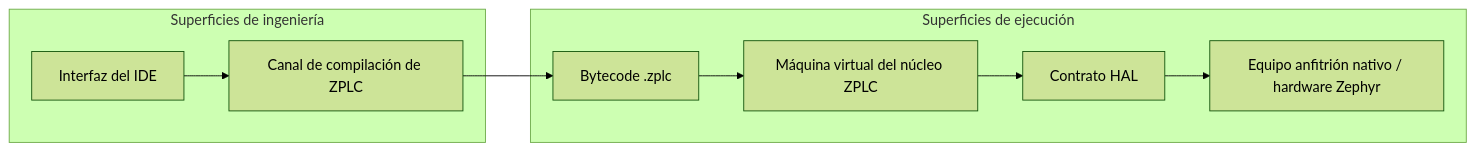
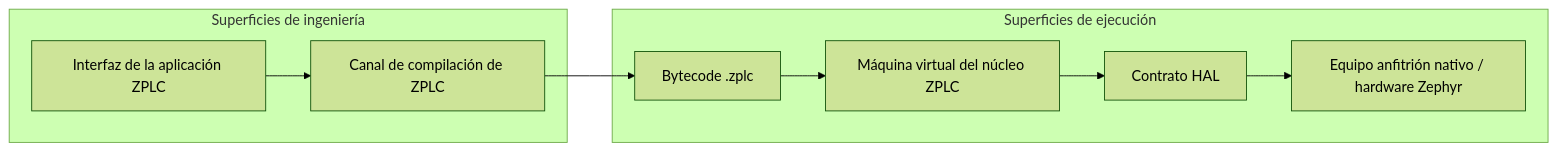
The diagram in docs/i18n/es/docusaurus-plugin-content-docs/current/architecture/index.md (eduardojvieira/ZPLC), drawn with Mermaid (forest theme) before and after one commit. The commit also changed other lines of this file and 33 other files, not shown here.

Commit message:
docs: name the ZPLC application where the pages said the IDE

````diff
--- a/docs/i18n/es/docusaurus-plugin-content-docs/current/architecture/index.md
+++ b/docs/i18n/es/docusaurus-plugin-content-docs/current/architecture/index.md
@@ -18,20 +18,20 @@
 ```mermaid
 flowchart LR
   subgraph Engineering[Superficies de ingeniería]
-    IDE[Interfaz del IDE]
+    IDE[Interfaz de la aplicación ZPLC]
     COMPILER[Canal de compilación de ZPLC]
   end
 
   subgraph Execution[Superficies de ejecución]
     BYTECODE[Bytecode .zplc]
     VM[Máquina virtual del núcleo ZPLC]
     HAL[Contrato HAL]
     TARGETS[Equipo anfitrión nativo / hardware Zephyr]
   end
 
   IDE --> COMPILER
   COMPILER --> BYTECODE
   BYTECODE --> VM
   VM --> HAL
   HAL --> TARGETS
 ```
````
